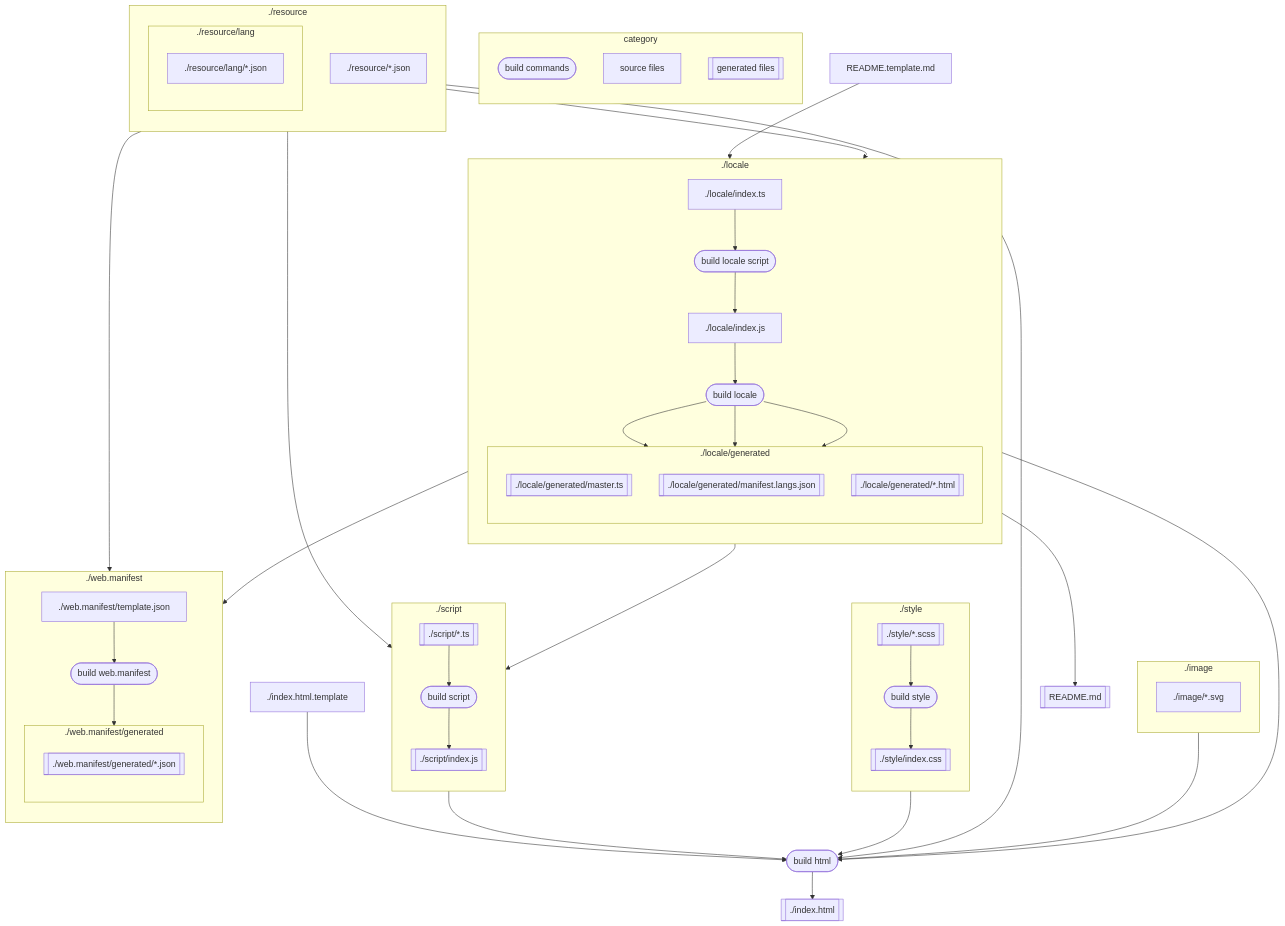
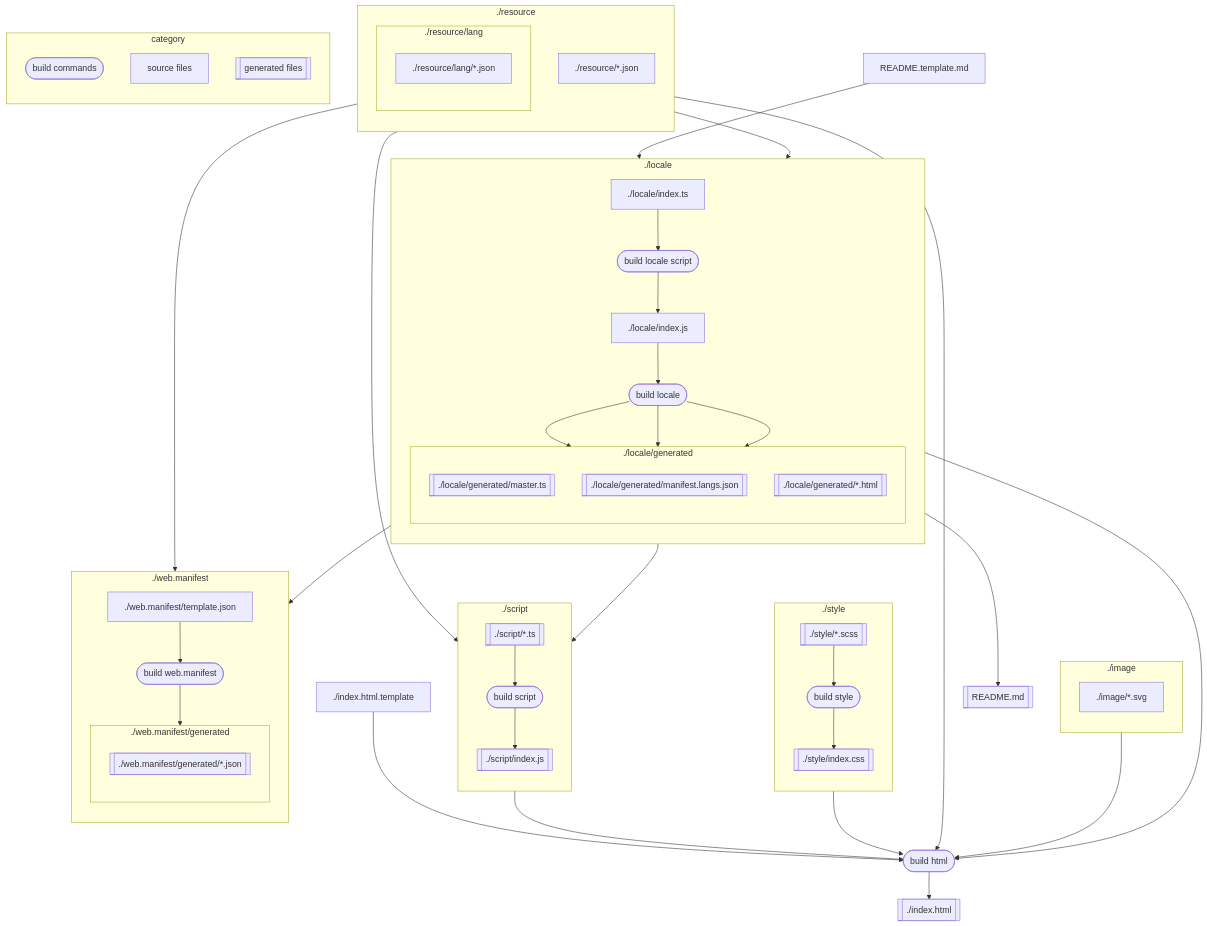
Before and after one commit to wraith13/kaleidoscope: the diagram in README.template.md, drawn with Mermaid. The commit also changed other lines of this file and 14 other files, not shown here.

````diff
--- a/README.template.md
+++ b/README.template.md
@@ -63,79 +63,79 @@
 ```mermaid
 graph TB;
-    subgraph category
-        direction TB;
-        bc([build commands]);
-        sf[source files];
-        gf[[generated files]];
-    end
     subgraph ./locale
         direction TB;
         subgraph ./locale/generated
             direction TB;
             lmt[[./locale/generated/master.ts]];
             lmls[[./locale/generated/manifest.langs.json]];
             lh[[./locale/generated/*.html]];
         end
         ./locale/index.ts;
         ./locale/index.js;
         bls([build locale script]);
         bl([build locale]);
     end
     subgraph ./image
         direction TB;
         ./image/*.svg
     end
     subgraph ./resource
         direction TB;
         subgraph ./resource/lang
             direction TB;
             ./resource/lang/*.json;
         end
         ./resource/*.json;
     end
     subgraph ./style
         direction TB;
         sts[[./style/*.scss]];
         stc[[./style/index.css]];
         bst([build style]);
     end
     subgraph ./script
         direction TB;
         st[[./script/*.ts]];
         sj[[./script/index.js]];
         bs([build script]);
     end
     subgraph ./web.manifest
         direction TB;
         subgraph ./web.manifest/generated
             direction TB;
             wmj[[./web.manifest/generated/*.json]];
         end
         ./web.manifest/template.json;
         bwm([build web.manifest]);
     end
+    subgraph category
+        direction TB;
+        bc([build commands]);
+        sf[source files];
+        gf[[generated files]];
+    end
     ./locale/index.ts-->bls([build locale script]);
     bls([build locale script])-->./locale/index.js;
     ./resource/lang/*.json-->bl([build locale]);
     ./locale/index.js-->bl([build locale]);
     ./resource/*.json-->bs([build script]);
     lmls[[./locale/generated/manifest.langs.json]]-->bwm([build web.manifest])
     ./resource/lang/*.json-->bwm([build web.manifest])
     bl([build locale])-->lmt[[./locale/generated/master.ts]];
     bl([build locale])-->lmls[[./locale/generated/manifest.langs.json]];
     bl([build locale])-->lh[[./locale/generated/*.html]];
     sts[[./style/*.scss]]-->bst([build style])-->stc[[./style/index.css]];
     lmt[[./locale/generated/master.ts]]-->bs([build script]);
     st[[./script/*.ts]]-->bs([build script])-->sj[[./script/index.js]];
     ./web.manifest/template.json-->bwm([build web.manifest])
     bwm([build web.manifest])-->wmj[[./web.manifest/generated/*.json]];
     ./resource/*.json-->bh([build html]);
     lh[[./locale/generated/*.html]]-->bh([build html]);
     stc[[./style/index.css]]-->bh([build html]);
     sj[[./script/index.js]]-->bh([build html]);
     ./image/*.svg-->bh([build html]);
     ./index.html.template-->bh([build html]);
     bh([build html])-->ih[[./index.html]];
     README.template.md-->bl([build locale]);
     bl([build locale])-->rdm[[README.md]];
 ```
````
